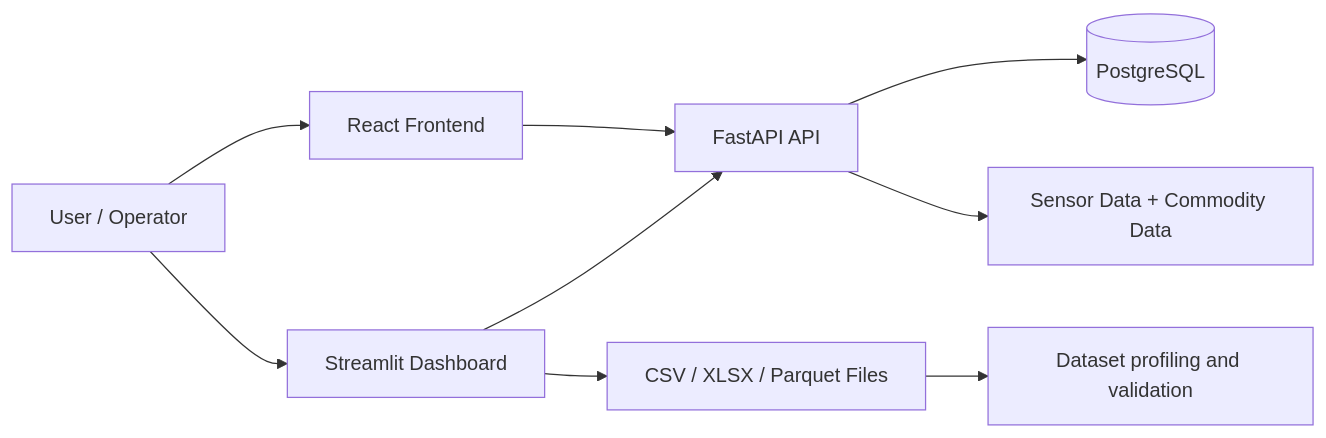
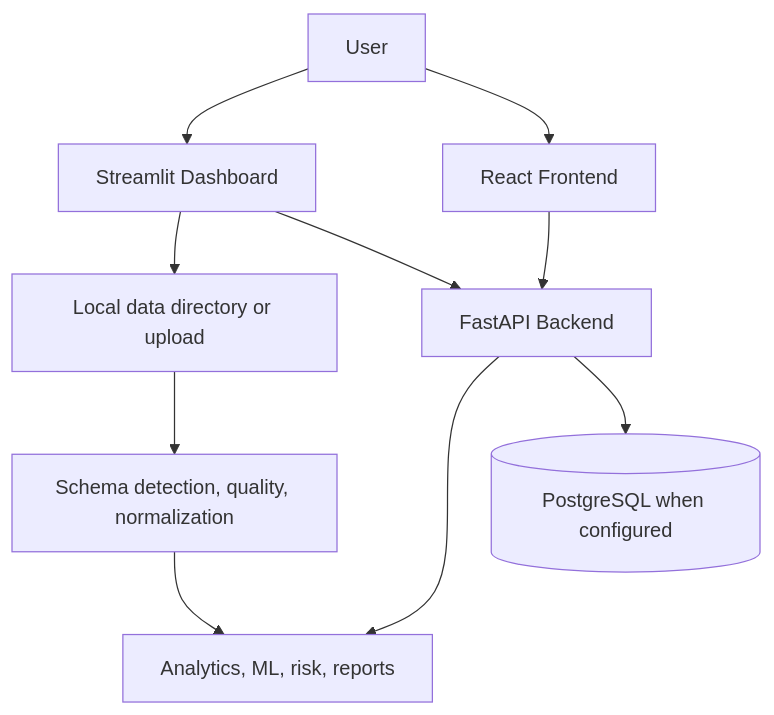
The diagram in README.md (Kunalray0707/AtmoSync), drawn with Mermaid before and after one commit. The commit also changed other lines of this file and 8 other files, not shown here.

````diff
--- a/README.md
+++ b/README.md
@@ -40,11 +22,12 @@
 ```mermaid
-flowchart LR
-    User[User / Operator] --> Frontend[React Frontend]
-    User --> Streamlit[Streamlit Dashboard]
-    Frontend --> API[FastAPI API]
+flowchart TD
+    User[User] --> Streamlit[Streamlit Dashboard]
+    User --> Frontend[React Frontend]
+    Streamlit --> Data[Local data directory or upload]
+    Data --> Profile[Schema detection, quality, normalization]
+    Profile --> Analytics[Analytics, ML, risk, reports]
+    Frontend --> API[FastAPI Backend]
     Streamlit --> API
-    API --> DB[(PostgreSQL)]
-    API --> SensorData[Sensor Data + Commodity Data]
-    Streamlit --> Dataset[CSV / XLSX / Parquet Files]
-    Dataset --> Profiling[Dataset profiling and validation]
+    API --> Analytics
+    API --> Database[(PostgreSQL when configured)]
 ```
````
